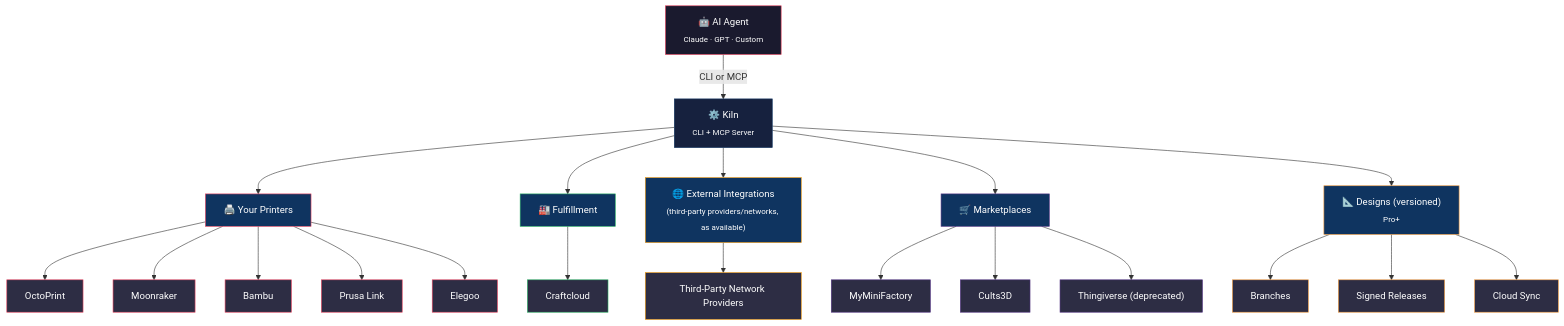
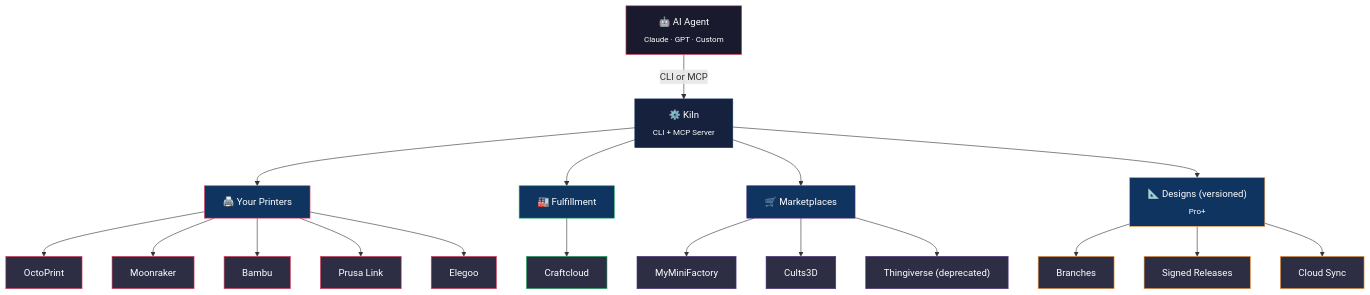
Before and after one commit to codeofaxel/Kiln: the first of 2 diagrams in README.md, drawn with Mermaid. The commit also changed other lines of this file, not shown here.

````diff
--- a/README.md
+++ b/README.md
@@ -58,50 +49,45 @@
 ```mermaid
 graph TD
     A["🤖 AI Agent<br/><sub>Claude · GPT · Custom</sub>"]
     A -->|"CLI or MCP"| B["⚙️ Kiln<br/><sub>CLI + MCP Server</sub>"]
 
     B --> C["🖨️ Your Printers"]
     B --> F["🏭 Fulfillment"]
-    B --> N["🌐 External Integrations<br/><sub>(third-party providers/networks, as available)</sub>"]
     B --> D["🛒 Marketplaces"]
     B --> V["📐 Designs (versioned)<br/><sub>Pro+</sub>"]
 
     C --> E1["OctoPrint"]
     C --> E2["Moonraker"]
     C --> E3["Bambu"]
     C --> E4["Prusa Link"]
     C --> E5["Elegoo"]
 
     F --> F1["Craftcloud"]
-
-    N --> N1["Third-Party Network Providers"]
 
     D --> I["MyMiniFactory"]
     D --> J["Cults3D"]
     D --> H["Thingiverse (deprecated)"]
 
     V --> V1["Branches"]
     V --> V2["Signed Releases"]
     V --> V3["Cloud Sync"]
 
     style A fill:#1a1a2e,stroke:#e94560,color:#fff
     style B fill:#16213e,stroke:#0f3460,color:#fff
     style C fill:#0f3460,stroke:#e94560,color:#fff
     style F fill:#0f3460,stroke:#27ae60,color:#fff
-    style N fill:#0f3460,stroke:#f39c12,color:#fff
     style D fill:#0f3460,stroke:#533483,color:#fff
     style V fill:#0f3460,stroke:#f59e42,color:#fff
     style E1 fill:#2d2d44,stroke:#e94560,color:#fff
     style E2 fill:#2d2d44,stroke:#e94560,color:#fff
     style E3 fill:#2d2d44,stroke:#e94560,color:#fff
     style E4 fill:#2d2d44,stroke:#e94560,color:#fff
     style E5 fill:#2d2d44,stroke:#e94560,color:#fff
     style F1 fill:#2d2d44,stroke:#27ae60,color:#fff
-    style N1 fill:#2d2d44,stroke:#f39c12,color:#fff
     style H fill:#2d2d44,stroke:#533483,color:#fff
     style I fill:#2d2d44,stroke:#533483,color:#fff
     style J fill:#2d2d44,stroke:#533483,color:#fff
     style V1 fill:#2d2d44,stroke:#f59e42,color:#fff
     style V2 fill:#2d2d44,stroke:#f59e42,color:#fff
     style V3 fill:#2d2d44,stroke:#f59e42,color:#fff
 ```
````
